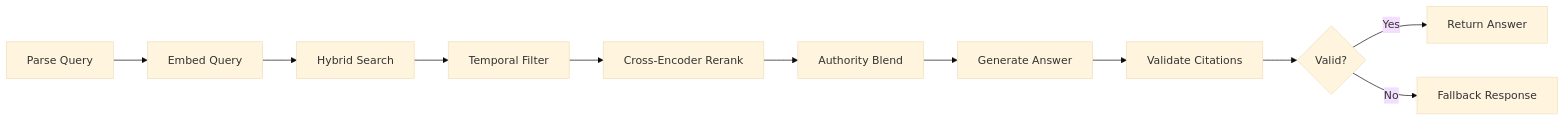
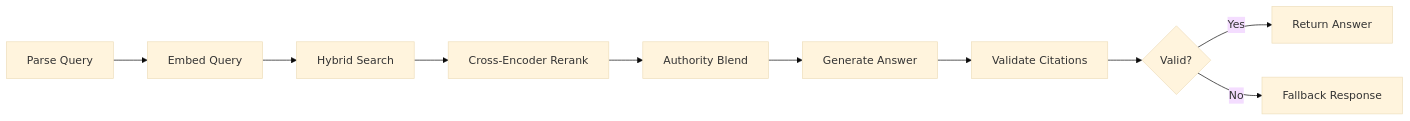
The third of 7 diagrams in docs/AGENT_ARCHITECTURE.md (Anteneh-T-Tessema/legalairag), drawn with Mermaid (base theme) before and after one commit. The commit also changed other lines of this file and 16 other files, not shown here.

````diff
--- a/docs/AGENT_ARCHITECTURE.md
+++ b/docs/AGENT_ARCHITECTURE.md
@@ -176,13 +176,12 @@
 ```mermaid
 flowchart LR
     A[Parse Query] --> B[Embed Query]
     B --> C[Hybrid Search]
-    C --> D[Temporal Filter]
-    D --> E[Cross-Encoder Rerank]
-    E --> F[Authority Blend]
-    F --> G[Generate Answer]
-    G --> H[Validate Citations]
-    H --> I{Valid?}
-    I -->|Yes| J[Return Answer]
-    I -->|No| K[Fallback Response]
+    C --> D[Cross-Encoder Rerank]
+    D --> E[Authority Blend]
+    E --> F[Generate Answer]
+    F --> G[Validate Citations]
+    G --> H{Valid?}
+    H -->|Yes| I[Return Answer]
+    H -->|No| J[Fallback Response]
 ```
````
